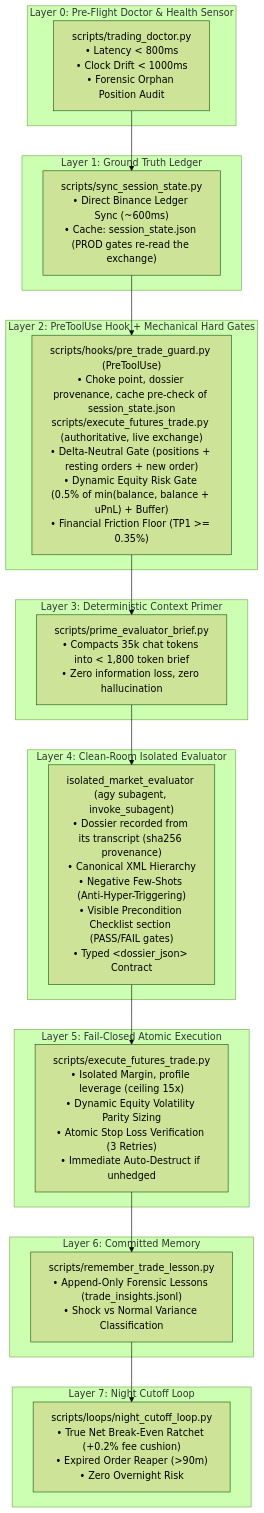
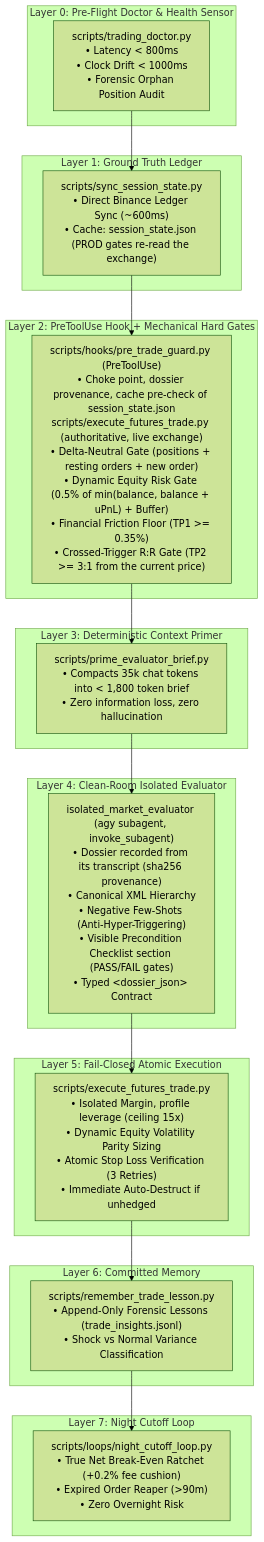
The diagram in README.md (IgnacioN99/autonomous-trading-desk), drawn with Mermaid (forest theme) before and after one commit. The commit also changed other lines of this file and 12 other files, not shown here.

````diff
--- a/README.md
+++ b/README.md
@@ -27,36 +27,36 @@
 ```mermaid
 graph TD
     subgraph L0 ["Layer 0: Pre-Flight Doctor & Health Sensor"]
         DOC["scripts/trading_doctor.py<br/>• Latency < 800ms<br/>• Clock Drift < 1000ms<br/>• Forensic Orphan Position Audit"]
     end
 
     subgraph L1 ["Layer 1: Ground Truth Ledger"]
         SYNC["scripts/sync_session_state.py<br/>• Direct Binance Ledger Sync (~600ms)<br/>• Cache: session_state.json (PROD gates re-read the exchange)"]
     end
 
     subgraph L2 ["Layer 2: PreToolUse Hook + Mechanical Hard Gates"]
-        GATE["scripts/hooks/pre_trade_guard.py (PreToolUse)<br/>• Choke point, dossier provenance, cache pre-check of session_state.json<br/>scripts/execute_futures_trade.py (authoritative, live exchange)<br/>• Delta-Neutral Gate (positions + resting orders + new order)<br/>• Dynamic Equity Risk Gate (0.5% of min(balance, balance + uPnL) + Buffer)<br/>• Financial Friction Floor (TP1 >= 0.35%)"]
+        GATE["scripts/hooks/pre_trade_guard.py (PreToolUse)<br/>• Choke point, dossier provenance, cache pre-check of session_state.json<br/>scripts/execute_futures_trade.py (authoritative, live exchange)<br/>• Delta-Neutral Gate (positions + resting orders + new order)<br/>• Dynamic Equity Risk Gate (0.5% of min(balance, balance + uPnL) + Buffer)<br/>• Financial Friction Floor (TP1 >= 0.35%)<br/>• Crossed-Trigger R:R Gate (TP2 >= 3:1 from the current price)"]
     end
 
     subgraph L3 ["Layer 3: Deterministic Context Primer"]
         BRIEF["scripts/prime_evaluator_brief.py<br/>• Compacts 35k chat tokens into &lt; 1,800 token brief<br/>• Zero information loss, zero hallucination"]
     end
 
     subgraph L4 ["Layer 4: Clean-Room Isolated Evaluator"]
         EVAL["isolated_market_evaluator (agy subagent, invoke_subagent)<br/>• Dossier recorded from its transcript (sha256 provenance)<br/>• Canonical XML Hierarchy<br/>• Negative Few-Shots (Anti-Hyper-Triggering)<br/>• Visible Precondition Checklist section (PASS/FAIL gates)<br/>• Typed &lt;dossier_json&gt; Contract"]
     end
 
     subgraph L5 ["Layer 5: Fail-Closed Atomic Execution"]
         EXEC["scripts/execute_futures_trade.py<br/>• Isolated Margin, profile leverage (ceiling 15x)<br/>• Dynamic Equity Volatility Parity Sizing<br/>• Atomic Stop Loss Verification (3 Retries)<br/>• Immediate Auto-Destruct if unhedged"]
     end
 
     subgraph L6 ["Layer 6: Committed Memory"]
         MEM["scripts/remember_trade_lesson.py<br/>• Append-Only Forensic Lessons (trade_insights.jsonl)<br/>• Shock vs Normal Variance Classification"]
     end
 
     subgraph L7 ["Layer 7: Night Cutoff Loop"]
         LOOP["scripts/loops/night_cutoff_loop.py<br/>• True Net Break-Even Ratchet (+0.2% fee cushion)<br/>• Expired Order Reaper (>90m)<br/>• Zero Overnight Risk"]
     end
 
     DOC --> SYNC --> GATE --> BRIEF --> EVAL --> EXEC --> MEM --> LOOP
 ```
````
